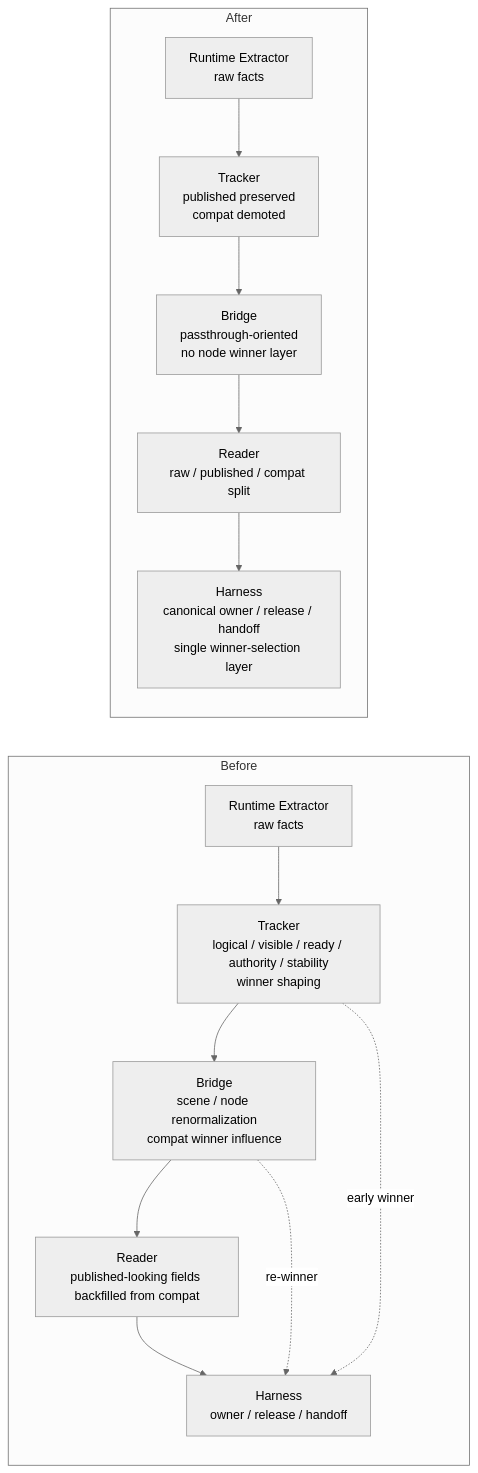
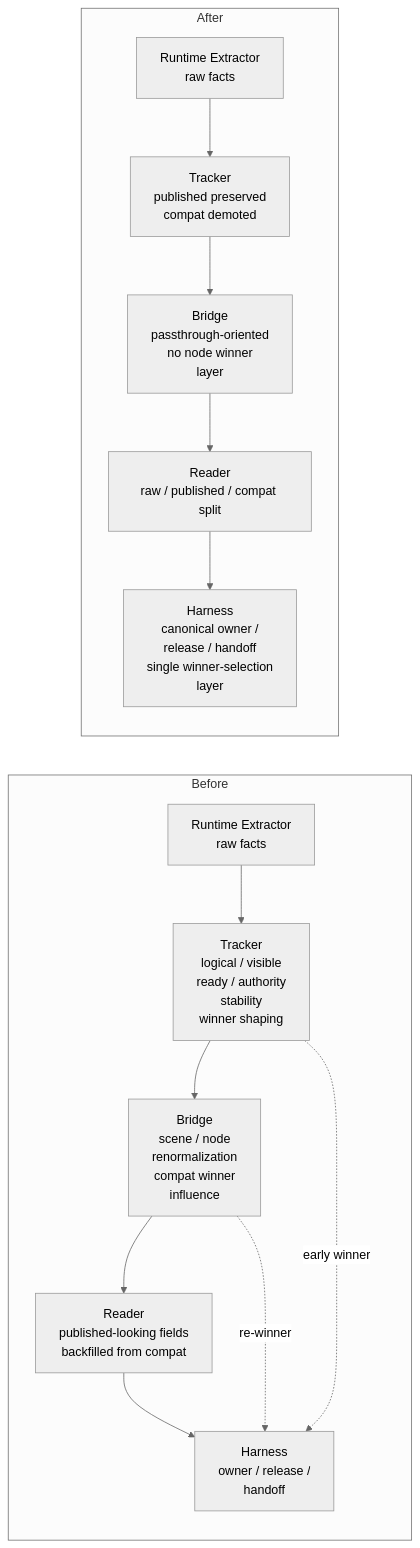
One commit to jidon333/STS2_Mod_AI_Companion changed the third of 4 diagrams in docs/reference/harness/GUI_SMOKE_HARNESS_REFACTOR_BEFORE_AFTER.md. Above: the diagram before and after it, drawn with Mermaid (neutral theme). The commit also changed other lines of this file and 4 other files, not shown here.

Commit message:
Improve Mermaid readability in harness docs

````diff
--- a/docs/reference/harness/GUI_SMOKE_HARNESS_REFACTOR_BEFORE_AFTER.md
+++ b/docs/reference/harness/GUI_SMOKE_HARNESS_REFACTOR_BEFORE_AFTER.md
@@ -117,22 +117,22 @@
 ```mermaid
 flowchart LR
   subgraph Before
     A1["Runtime Extractor<br/>raw facts"]
-    B1["Tracker<br/>logical / visible / ready / authority / stability<br/>winner shaping"]
-    C1["Bridge<br/>scene / node renormalization<br/>compat winner influence"]
-    D1["Reader<br/>published-looking fields backfilled from compat"]
-    E1["Harness<br/>owner / release / handoff"]
+    B1["Tracker<br/>logical / visible<br/>ready / authority<br/>stability<br/>winner shaping"]
+    C1["Bridge<br/>scene / node<br/>renormalization<br/>compat winner<br/>influence"]
+    D1["Reader<br/>published-looking fields<br/>backfilled from compat"]
+    E1["Harness<br/>owner / release /<br/>handoff"]
     A1 --> B1 --> C1 --> D1 --> E1
     B1 -. early winner .-> E1
     C1 -. re-winner .-> E1
   end
 
   subgraph After
     A2["Runtime Extractor<br/>raw facts"]
     B2["Tracker<br/>published preserved<br/>compat demoted"]
-    C2["Bridge<br/>passthrough-oriented<br/>no node winner layer"]
+    C2["Bridge<br/>passthrough-oriented<br/>no node winner<br/>layer"]
     D2["Reader<br/>raw / published / compat split"]
-    E2["Harness<br/>canonical owner / release / handoff<br/>single winner-selection layer"]
+    E2["Harness<br/>canonical owner /<br/>release / handoff<br/>single winner-selection<br/>layer"]
     A2 --> B2 --> C2 --> D2 --> E2
   end
 ```
````
